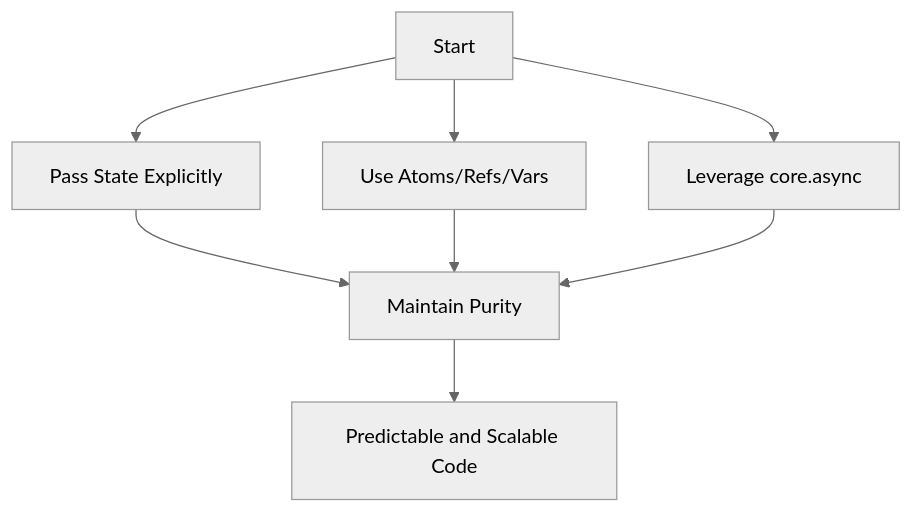
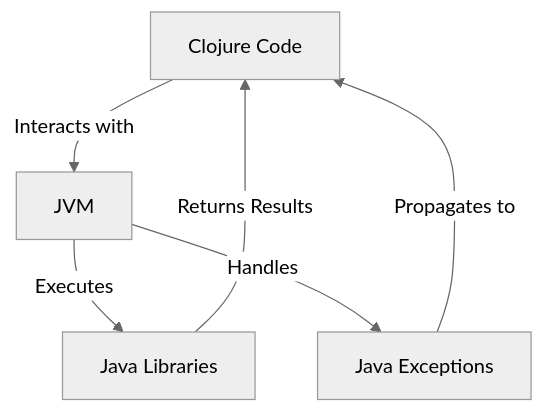
One commit to MasteryEducation/SoftwarePatternsLexicon.com changed the diagram in content/patterns-clojure/15/1/index.md. Above: the diagram before and after it, drawn with Mermaid (neutral theme). The commit also changed other lines of this file and 462 other files, not shown here.

````diff
--- a/content/patterns-clojure/15/1/index.md
+++ b/content/patterns-clojure/15/1/index.md
@@ -124,10 +151,8 @@
 ```mermaid
 graph TD;
-    A[Start] --> B[Pass State Explicitly];
-    A --> C[Use Atoms/Refs/Vars];
-    A --> D[Leverage core.async];
-    B --> E[Maintain Purity];
-    C --> E;
-    D --> E;
-    E --> F[Predictable and Scalable Code];
+    A[Clojure Code] -->|Interacts with| B[JVM];
+    B -->|Executes| C[Java Libraries];
+    C -->|Returns Results| A;
+    B -->|Handles| D[Java Exceptions];
+    D -->|Propagates to| A;
 ```
````
